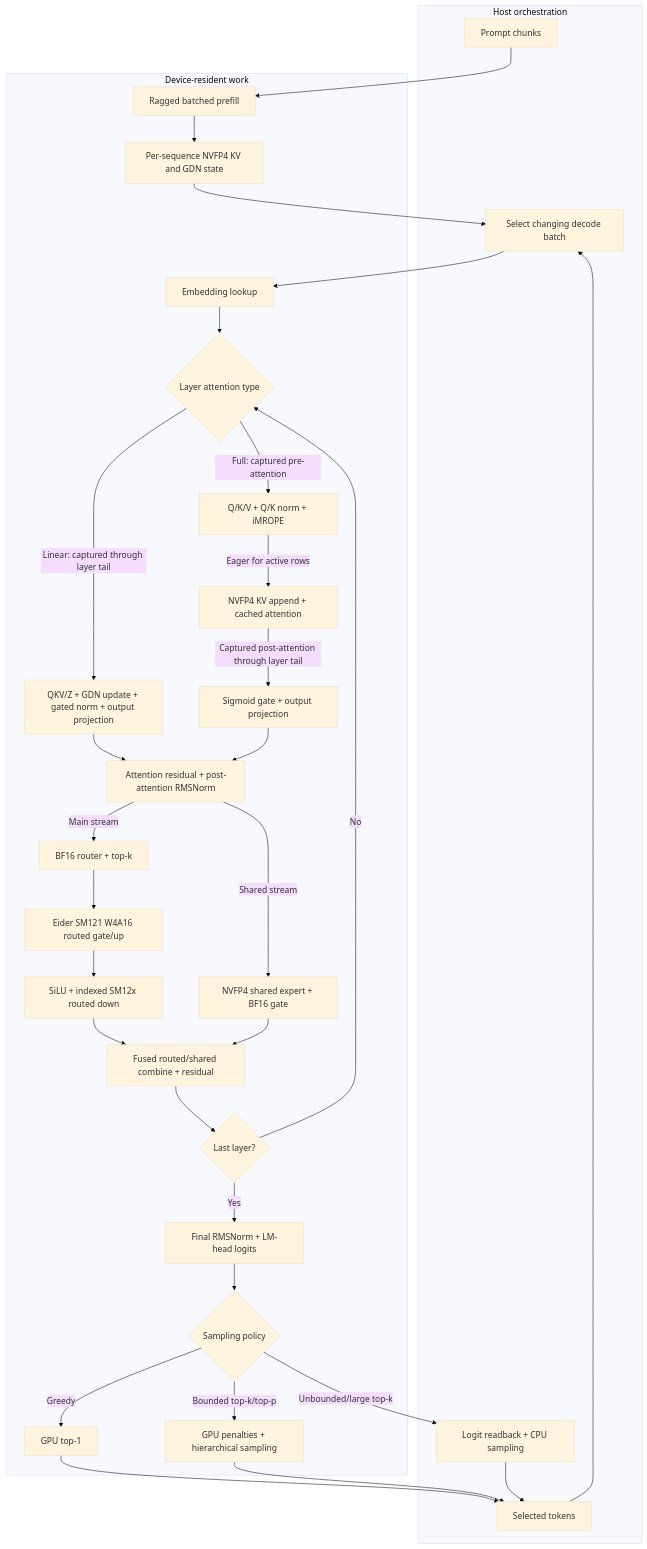
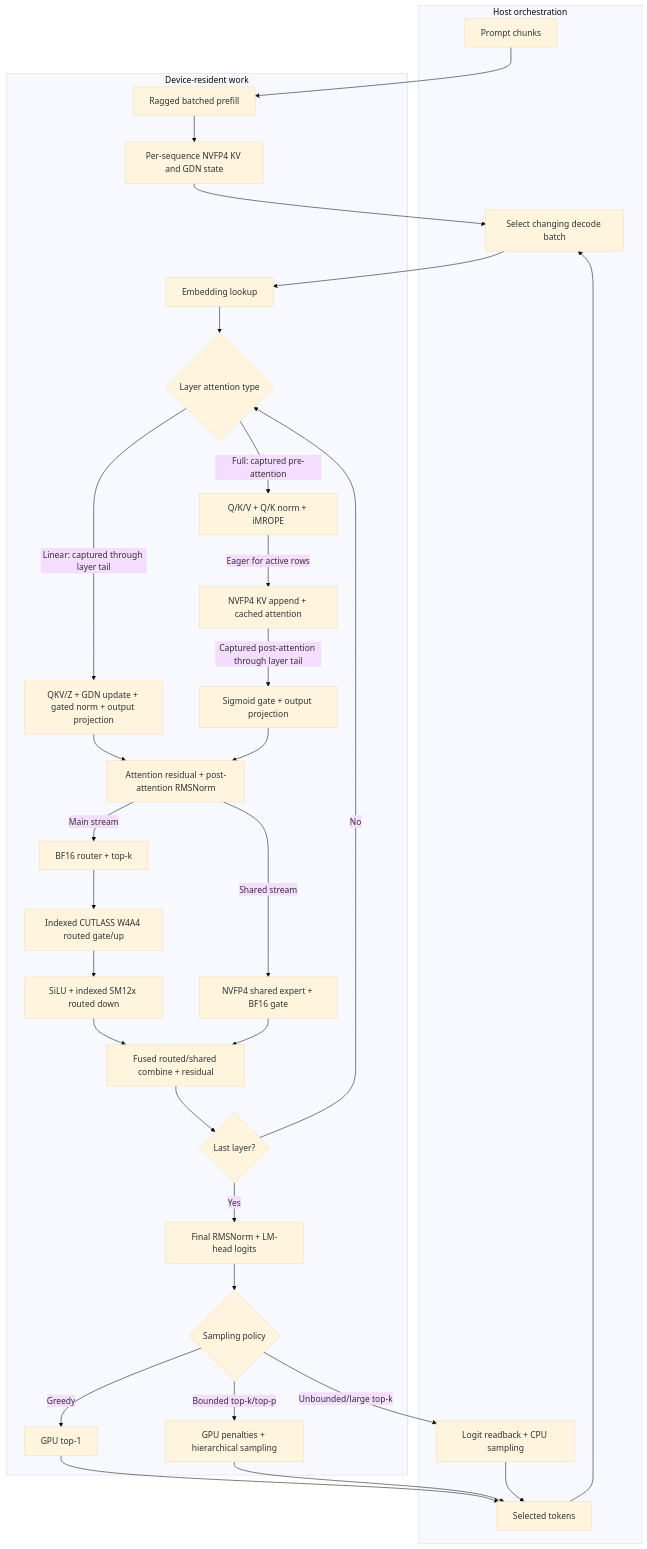
One commit to rdaum/eider changed the diagram in README.md. Above: the diagram before and after it, drawn with Mermaid (base theme). The commit also changed other lines of this file and 7 other files, not shown here.

First line of the commit message:
perf(qwen36): use indexed W4A4 routed decode

````diff
--- a/README.md
+++ b/README.md
@@ -402,59 +402,59 @@
 ```mermaid
 flowchart TD
     A[Prompt chunks] --> B[Ragged batched prefill]
     B --> C[Per-sequence NVFP4 KV and GDN state]
     C --> D[Select changing decode batch]
     D --> E[Embedding lookup]
     E --> F{Layer attention type}
     F -->|Linear: captured through layer tail| G[QKV/Z + GDN update + gated norm + output projection]
     F -->|Full: captured pre-attention| H[Q/K/V + Q/K norm + iMROPE]
     H -->|Eager for active rows| I[NVFP4 KV append + cached attention]
     I -->|Captured post-attention through layer tail| J[Sigmoid gate + output projection]
     G --> K[Attention residual + post-attention RMSNorm]
     J --> K
     K -->|Main stream| L[BF16 router + top-k]
     K -->|Shared stream| M[NVFP4 shared expert + BF16 gate]
-    L --> N[Eider SM121 W4A16 routed gate/up]
+    L --> N[Indexed CUTLASS W4A4 routed gate/up]
     N --> O[SiLU + indexed SM12x routed down]
     O --> P[Fused routed/shared combine + residual]
     M --> P
     P --> Q{Last layer?}
     Q -->|No| F
     Q -->|Yes| R[Final RMSNorm + LM-head logits]
     R --> S{Sampling policy}
     S -->|Greedy| T[GPU top-1]
     S -->|Bounded top-k/top-p| U[GPU penalties + hierarchical sampling]
     S -->|Unbounded/large top-k| V[Logit readback + CPU sampling]
     T --> W[Selected tokens]
     U --> W
     V --> W
     W --> D
 
     subgraph Host[Host orchestration]
         A
         D
         V
         W
     end
     subgraph Device[Device-resident work]
         B
         C
         E
         F
         G
         H
         I
         J
         K
         L
         M
         N
         O
         P
         Q
         R
         S
         T
         U
     end
 ```
````
